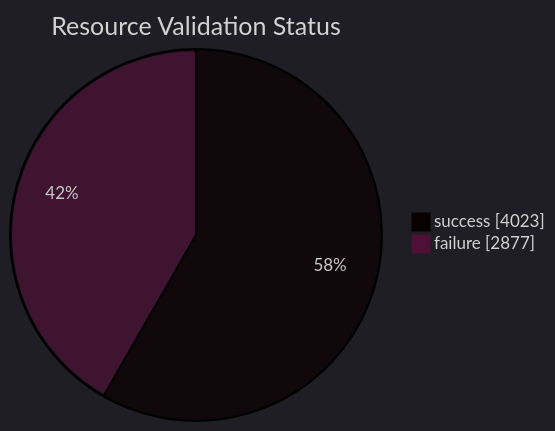
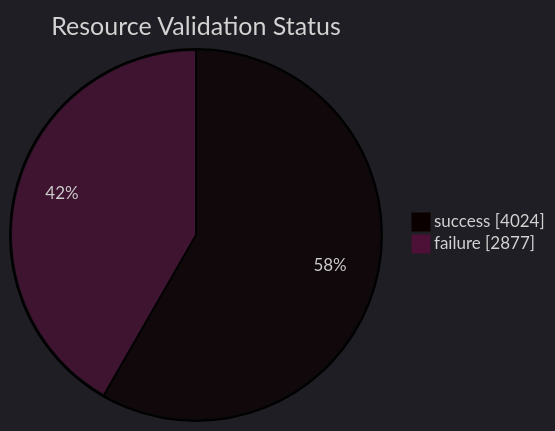
One commit to open-data/analytics-corporate-reporting changed the diagram in datastore_tracker/resource_validation_status_pie_chart.md. Above: the diagram before and after it, drawn with Mermaid. The commit also changed 13 other files, not shown here.

````diff
--- a/datastore_tracker/resource_validation_status_pie_chart.md
+++ b/datastore_tracker/resource_validation_status_pie_chart.md
@@ -2,9 +2,9 @@
 ```mermaid
 ---
 config:
   theme: dark
 ---
 pie showData title Resource Validation Status
-    "success": 4023
+    "success": 4024
     "failure": 2877
 ```
````
